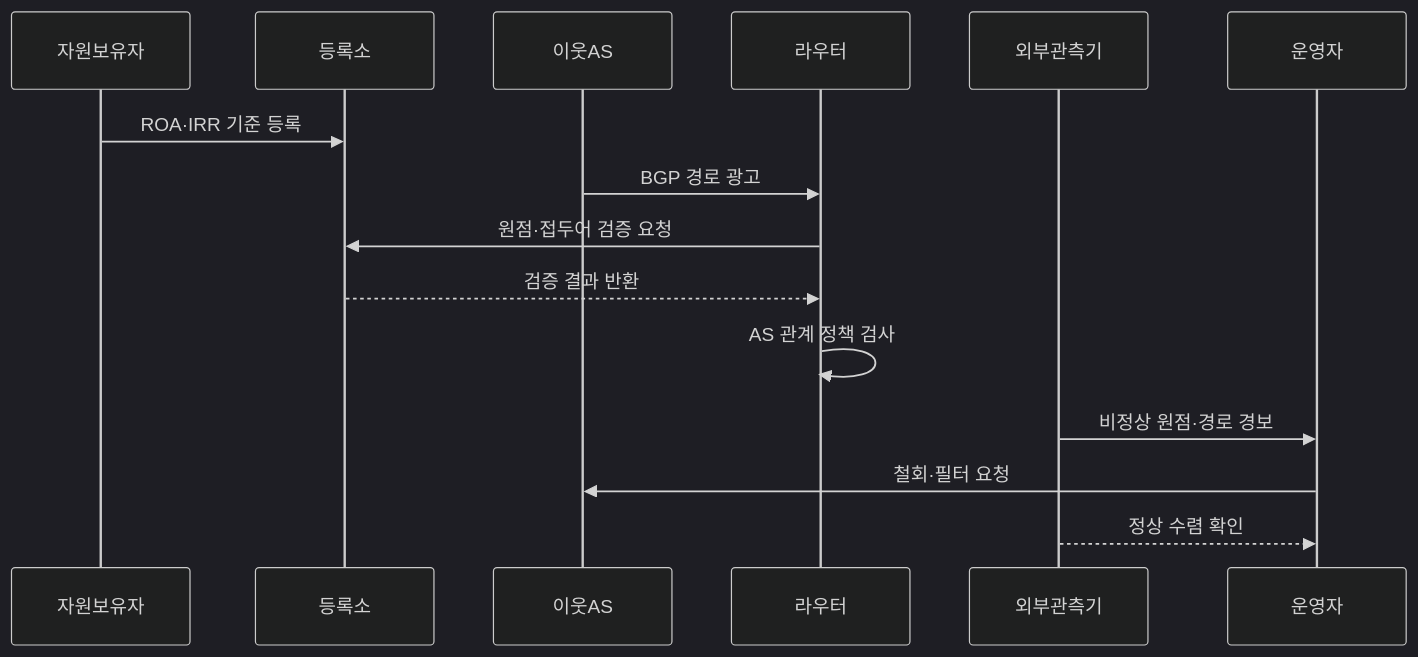
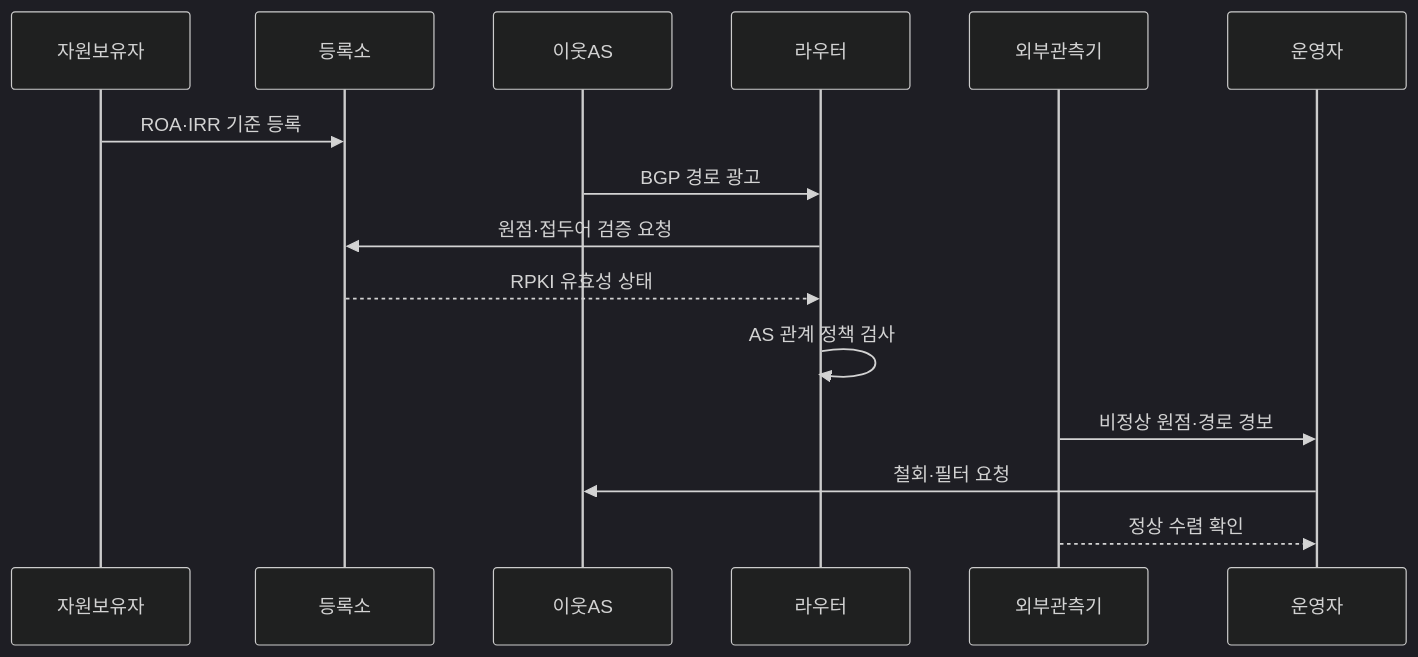
One commit to agnusdei1207/knowledge-base changed the second of 2 diagrams in src/content/docs/notes/04-network/110_bgp_hijacking_prevention.md. Above: the diagram before and after it, drawn with Mermaid (dark theme). The commit also changed other lines of this file and 7 other files, not shown here.

````diff
--- a/src/content/docs/notes/04-network/110_bgp_hijacking_prevention.md
+++ b/src/content/docs/notes/04-network/110_bgp_hijacking_prevention.md
@@ -82,17 +82,17 @@
 ```mermaid
 sequenceDiagram
     participant 자원보유자
     participant 등록소
     participant 이웃AS
     participant 라우터
     participant 외부관측기
     participant 운영자
     자원보유자->>등록소: ROA·IRR 기준 등록
     이웃AS->>라우터: BGP 경로 광고
     라우터->>등록소: 원점·접두어 검증 요청
-    등록소-->>라우터: 검증 결과 반환
+    등록소-->>라우터: RPKI 유효성 상태
     라우터->>라우터: AS 관계 정책 검사
     외부관측기->>운영자: 비정상 원점·경로 경보
     운영자->>이웃AS: 철회·필터 요청
     외부관측기-->>운영자: 정상 수렴 확인
 ```
````
